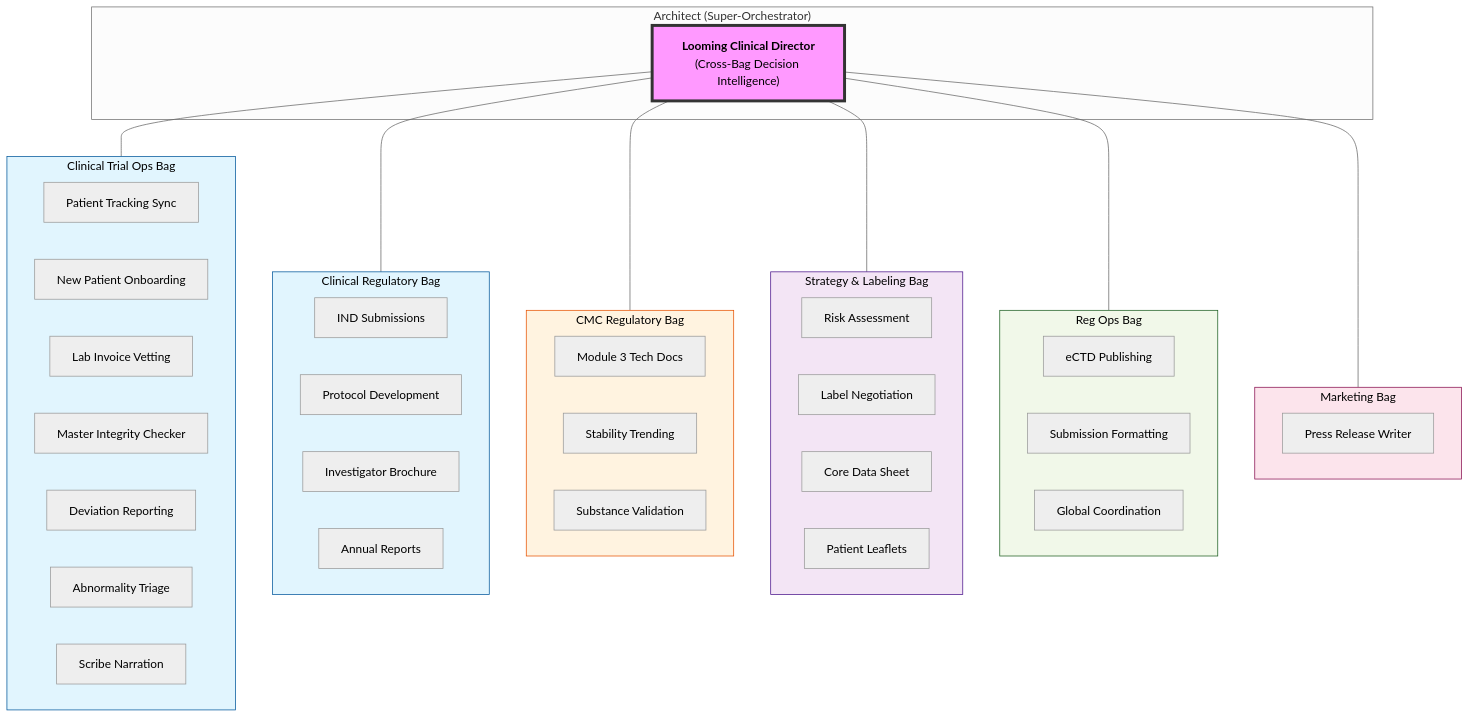
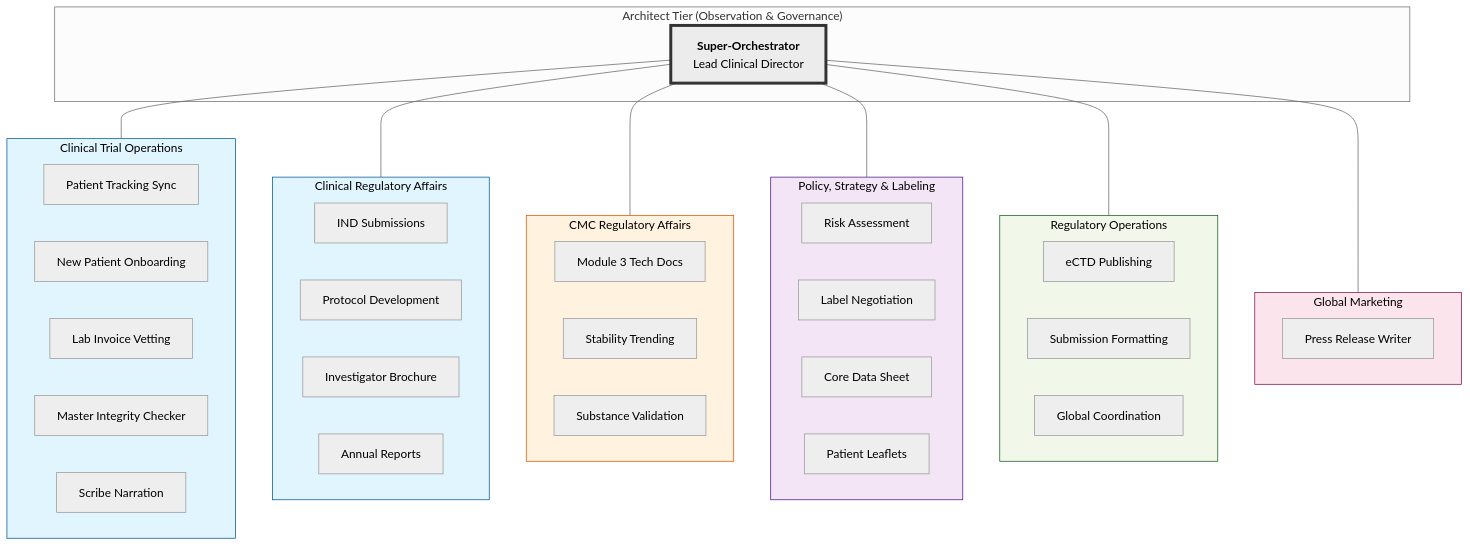
One commit to aaronjrod/clawgraph changed the diagram in examples/cto/README.md. Above: the diagram before and after it, drawn with Mermaid (neutral theme). The commit also changed other lines of this file, not shown here.

Commit message:
docs: remove 'Bag' from termonology and change SO color to gray

````diff
--- a/examples/cto/README.md
+++ b/examples/cto/README.md
@@ -14,64 +11,62 @@
 ```mermaid
 graph TD
     %% Architect Tier
-    subgraph "Architect (Super-Orchestrator)"
-        SO["<b>Looming Clinical Director</b><br/>(Cross-Bag Decision Intelligence)"]
+    subgraph "Architect Tier (Observation & Governance)"
+        SO["<b>Super-Orchestrator</b><br/>Lead Clinical Director"]
     end
 
-    %% Bag Tier
+    %% Workstream Tier
     SO --- CLIN_OPS
     SO --- CLIN_REG
     SO --- CMC_REG
     SO --- STRAT_LABEL
     SO --- REG_OPS
     SO --- MARKETING
 
-    subgraph CLIN_OPS ["Clinical Trial Ops Bag"]
+    subgraph CLIN_OPS ["Clinical Trial Operations"]
         SYNC[Patient Tracking Sync]
         ONB[New Patient Onboarding]
         INV[Lab Invoice Vetting]
         INT[Master Integrity Checker]
-        DEV[Deviation Reporting]
-        TRIA[Abnormality Triage]
         SCRIB[Scribe Narration]
     end
 
-    subgraph CLIN_REG ["Clinical Regulatory Bag"]
+    subgraph CLIN_REG ["Clinical Regulatory Affairs"]
         IND[IND Submissions]
         PROT[Protocol Development]
         IB[Investigator Brochure]
         ANN[Annual Reports]
     end
 
-    subgraph CMC_REG ["CMC Regulatory Bag"]
+    subgraph CMC_REG ["CMC Regulatory Affairs"]
         MOD3[Module 3 Tech Docs]
         STAB[Stability Trending]
         SUB[Substance Validation]
     end
 
-    subgraph STRAT_LABEL ["Strategy & Labeling Bag"]
+    subgraph STRAT_LABEL ["Policy, Strategy & Labeling"]
         RISK[Risk Assessment]
         NEG[Label Negotiation]
         CCDS[Core Data Sheet]
         USPI[Patient Leaflets]
     end
 
-    subgraph REG_OPS ["Reg Ops Bag"]
+    subgraph REG_OPS ["Regulatory Operations"]
         PUBL[eCTD Publishing]
         FORM[Submission Formatting]
         GLOB[Global Coordination]
     end
 
-    subgraph MARKETING ["Marketing Bag"]
+    subgraph MARKETING ["Global Marketing"]
         PR[Press Release Writer]
     end
 
-    %% Styling for "Impressive" look
-    style SO fill:#f9f,stroke:#333,stroke-width:4px,color:#000
+    %% Styling
+    style SO fill:#ececec,stroke:#333,stroke-width:4px,color:#000
     style CLIN_OPS fill:#e1f5fe,stroke:#01579b,color:#000
     style CLIN_REG fill:#e1f5fe,stroke:#01579b,color:#000
     style CMC_REG fill:#fff3e0,stroke:#e65100,color:#000
     style STRAT_LABEL fill:#f3e5f5,stroke:#4a148c,color:#000
     style REG_OPS fill:#f1f8e9,stroke:#1b5e20,color:#000
     style MARKETING fill:#fce4ec,stroke:#880e4f,color:#000
 ```
````
